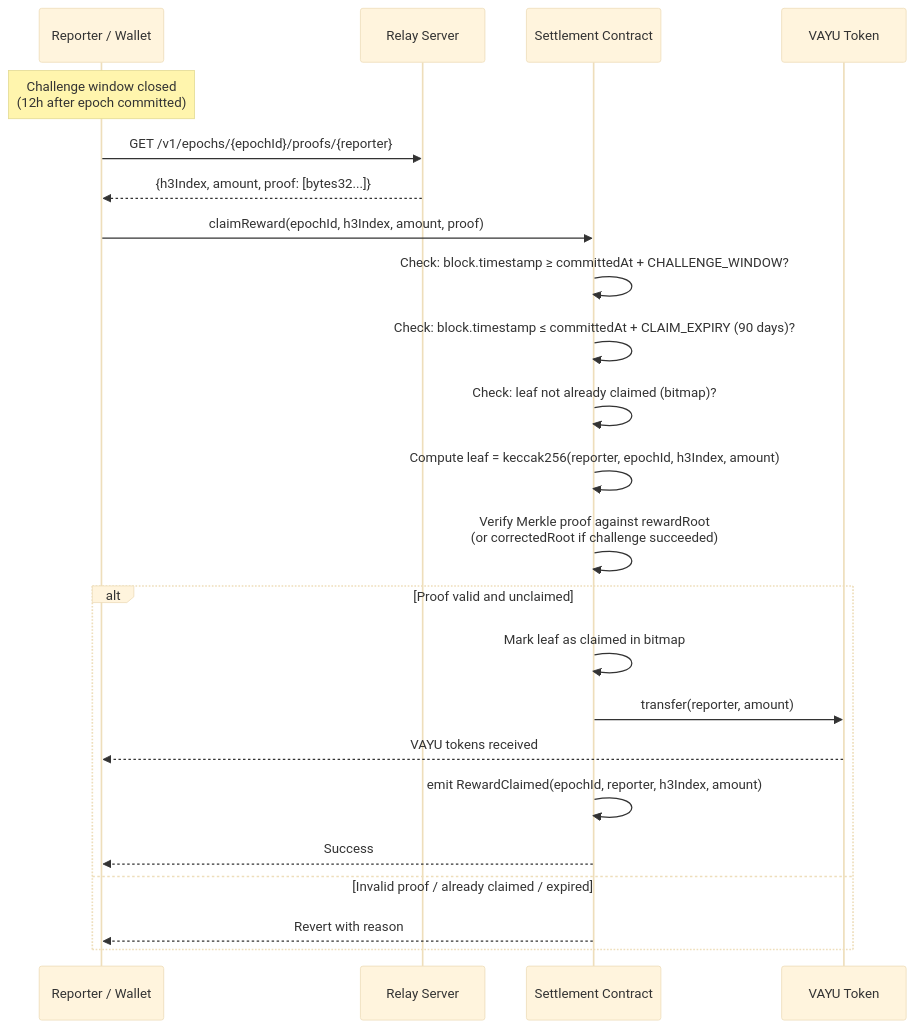
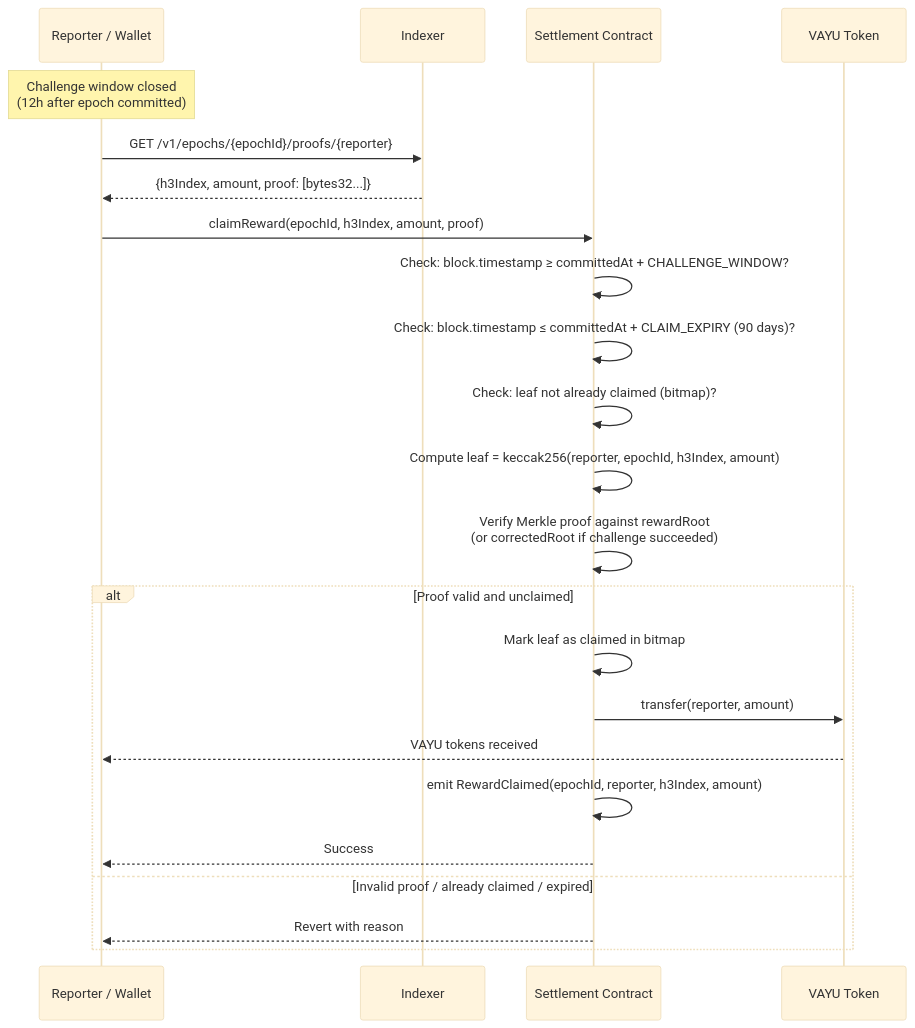
The sixth of 9 diagrams in docs/sequence-diagrams.md (dev-vim/vayu-protocol-stack), drawn with Mermaid (base theme) before and after one commit. The commit also changed other lines of this file and 10 other files, not shown here.

````diff
--- a/docs/sequence-diagrams.md
+++ b/docs/sequence-diagrams.md
@@ -236,30 +236,30 @@
 ```mermaid
 sequenceDiagram
     participant U as Reporter / Wallet
-    participant R as Relay Server
+    participant I as Indexer
     participant S as Settlement Contract
     participant T as VAYU Token
 
     Note over U: Challenge window closed<br/>(12h after epoch committed)
 
-    U->>R: GET /v1/epochs/{epochId}/proofs/{reporter}
-    R-->>U: {h3Index, amount, proof: [bytes32...]}
+    U->>I: GET /v1/epochs/{epochId}/proofs/{reporter}
+    I-->>U: {h3Index, amount, proof: [bytes32...]}
 
     U->>S: claimReward(epochId, h3Index, amount, proof)
 
     S->>S: Check: block.timestamp ≥ committedAt + CHALLENGE_WINDOW?
     S->>S: Check: block.timestamp ≤ committedAt + CLAIM_EXPIRY (90 days)?
     S->>S: Check: leaf not already claimed (bitmap)?
     S->>S: Compute leaf = keccak256(reporter, epochId, h3Index, amount)
     S->>S: Verify Merkle proof against rewardRoot<br/>(or correctedRoot if challenge succeeded)
 
     alt Proof valid and unclaimed
         S->>S: Mark leaf as claimed in bitmap
         S->>T: transfer(reporter, amount)
         T-->>U: VAYU tokens received
         S->>S: emit RewardClaimed(epochId, reporter, h3Index, amount)
         S-->>U: Success
     else Invalid proof / already claimed / expired
         S-->>U: Revert with reason
     end
 ```
````
